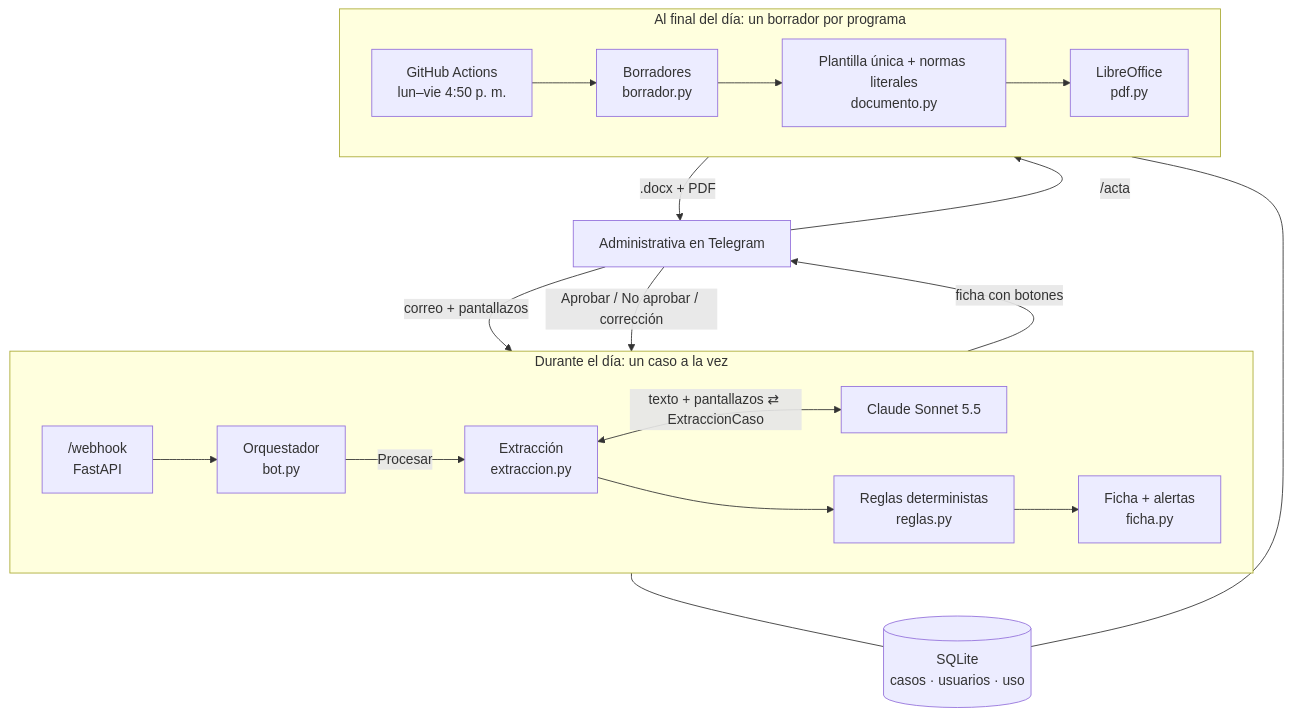
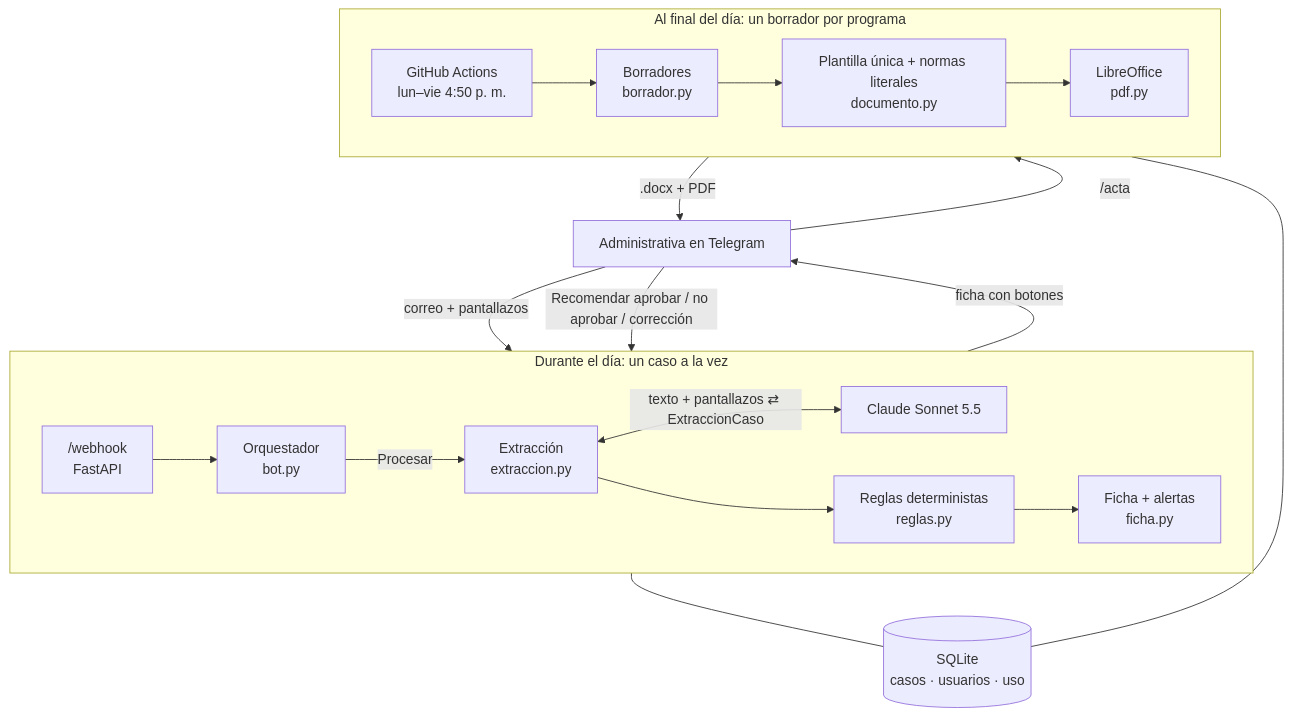
One commit to cmorregof/fcen_bot changed the first of 2 diagrams in README.md. Above: the diagram before and after it, drawn with Mermaid. The commit also changed other lines of this file and 3 other files, not shown here.

````diff
--- a/README.md
+++ b/README.md
@@ -21,30 +21,30 @@
 ```mermaid
 flowchart TB
     ADM["Administrativa en Telegram"]
 
     subgraph DIA["Durante el día: un caso a la vez"]
         direction LR
         WH["/webhook<br/>FastAPI"] --> BOT["Orquestador<br/>bot.py"]
         BOT -->|"Procesar"| EXT["Extracción<br/>extraccion.py"]
         EXT <-->|"texto + pantallazos ⇄ ExtraccionCaso"| CL["Claude Sonnet 5.5"]
         EXT --> REG["Reglas deterministas<br/>reglas.py"]
         REG --> FICHA["Ficha + alertas<br/>ficha.py"]
     end
 
     subgraph NOCHE["Al final del día: un borrador por programa"]
         direction LR
         CRON["GitHub Actions<br/>lun–vie 4:50 p. m."] --> BOR["Borradores<br/>borrador.py"]
         BOR --> DOC["Plantilla única + normas literales<br/>documento.py"]
         DOC --> PDF["LibreOffice<br/>pdf.py"]
     end
 
     DB[("SQLite<br/>casos · usuarios · uso")]
 
     ADM -->|"correo + pantallazos"| WH
     FICHA -->|"ficha con botones"| ADM
-    ADM -->|"Aprobar / No aprobar / corrección"| BOT
+    ADM -->|"Recomendar aprobar / no aprobar / corrección"| BOT
     BOT --- DB
     DB --- BOR
     ADM -->|"/acta"| BOR
     PDF -->|".docx + PDF"| ADM
 ```
````
